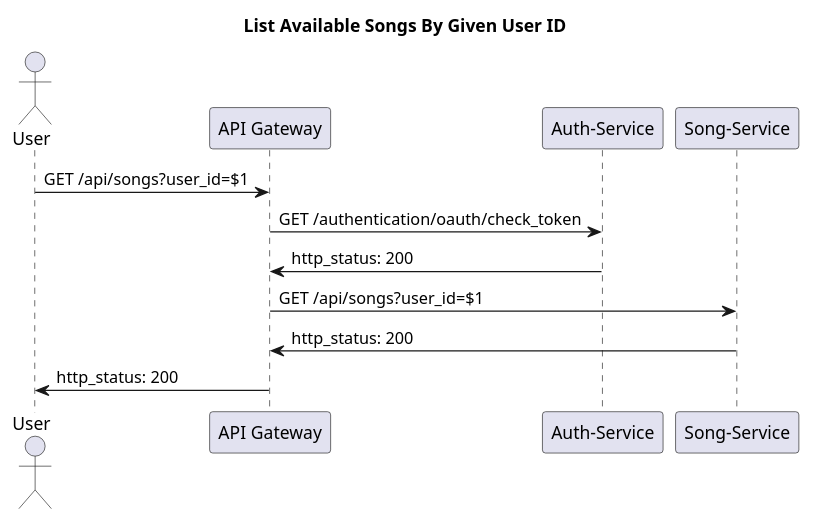
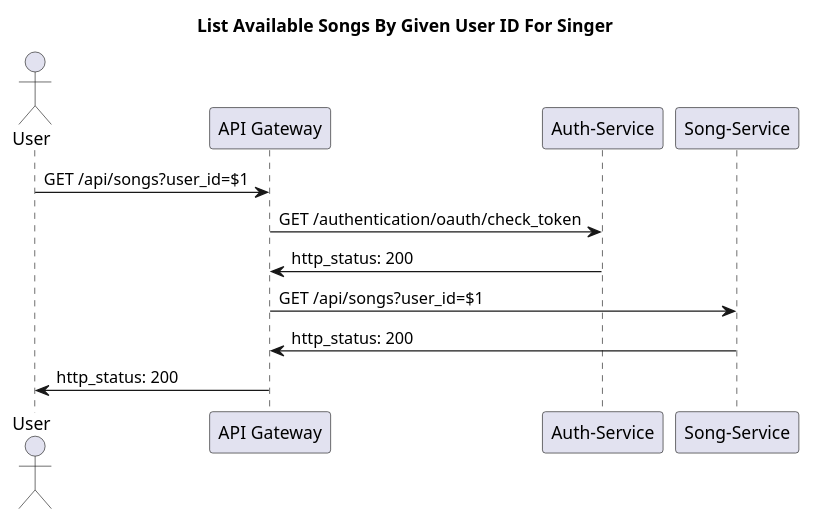
The diagram in sequence-diagram/list-songs.wsd (PheaSoy/java-microservice-completed-solution), drawn with PlantUML before and after one commit. The commit also changed 16 other files, not shown here.

```diff
--- a/sequence-diagram/list-songs.wsd
+++ b/sequence-diagram/list-songs.wsd
@@ -1,16 +1,16 @@
 @startuml
-    title : List Available Songs By Given User ID
+    title : List Available Songs By Given User ID For Singer
     
     actor "User" as user
     participant "API Gateway" as api_gw
     participant "Auth-Service" as auth
     participant "Song-Service" as song_service
 
     user -> api_gw: GET /api/songs?user_id=$1
     api_gw -> auth: GET /authentication/oauth/check_token
     api_gw <- auth: http_status: 200
     api_gw -> song_service: GET /api/songs?user_id=$1
     api_gw <- song_service: http_status: 200
     user <- api_gw: http_status: 200
     
 @enduml
```
